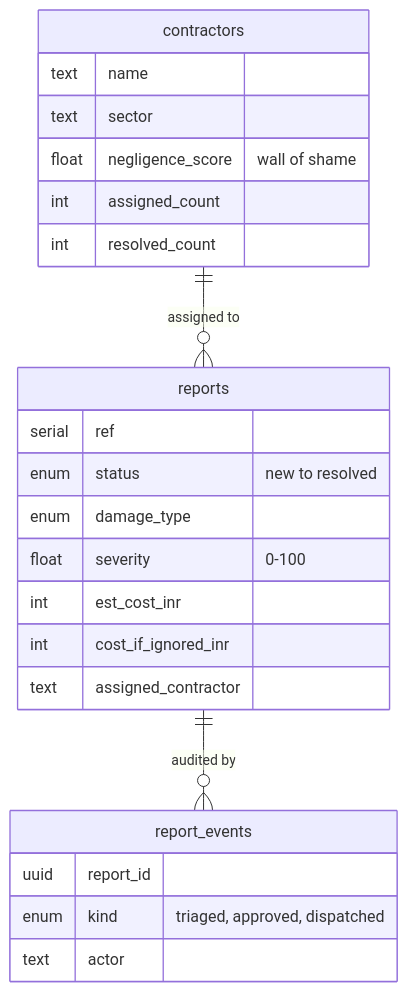
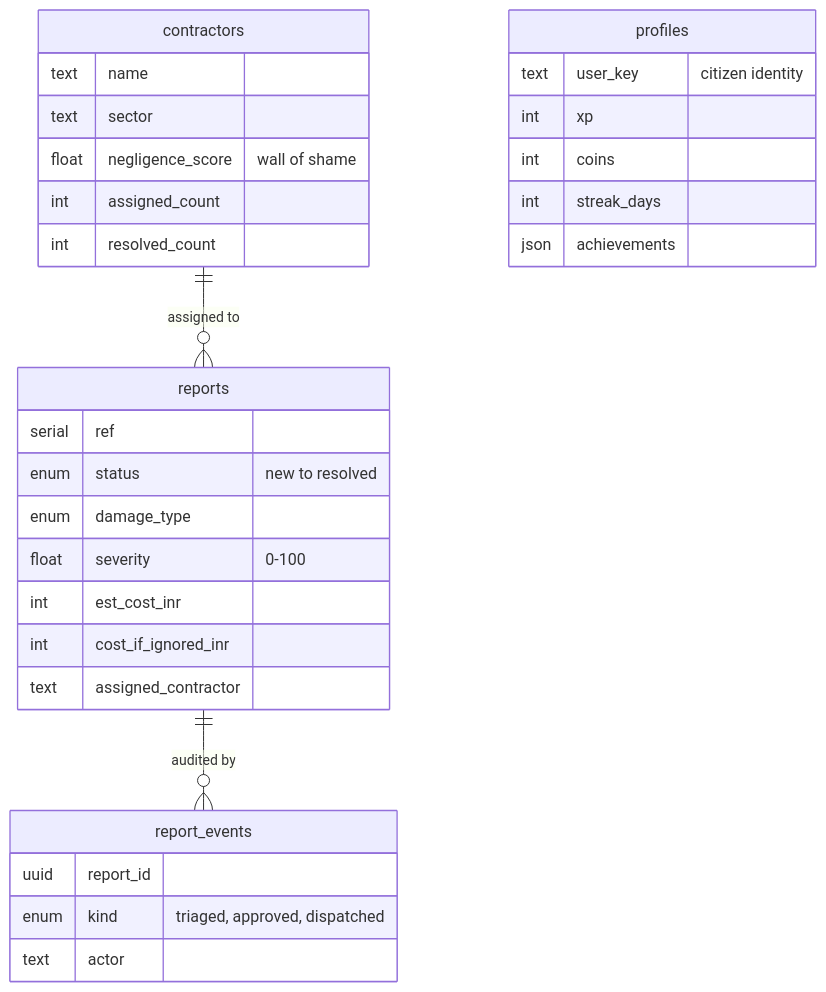
Before and after one commit to SaudSatopay/crackwatch-lemma: the third of 4 diagrams in README.md, drawn with Mermaid. The commit also changed other lines of this file and 22 other files, not shown here.

First line of the commit message:
feat: add CrackWatch Citizen app on Lemma + gamification profiles table

````diff
--- a/README.md
+++ b/README.md
@@ -125,27 +140,34 @@
 ```mermaid
 erDiagram
     contractors ||--o{ reports : "assigned to"
     reports ||--o{ report_events : "audited by"
 
     reports {
         serial ref
         enum status "new to resolved"
         enum damage_type
         float severity "0-100"
         int est_cost_inr
         int cost_if_ignored_inr
         text assigned_contractor
     }
     contractors {
         text name
         text sector
         float negligence_score "wall of shame"
         int assigned_count
         int resolved_count
     }
     report_events {
         uuid report_id
         enum kind "triaged, approved, dispatched"
         text actor
     }
+    profiles {
+        text user_key "citizen identity"
+        int xp
+        int coins
+        int streak_days
+        json achievements
+    }
 ```
````
